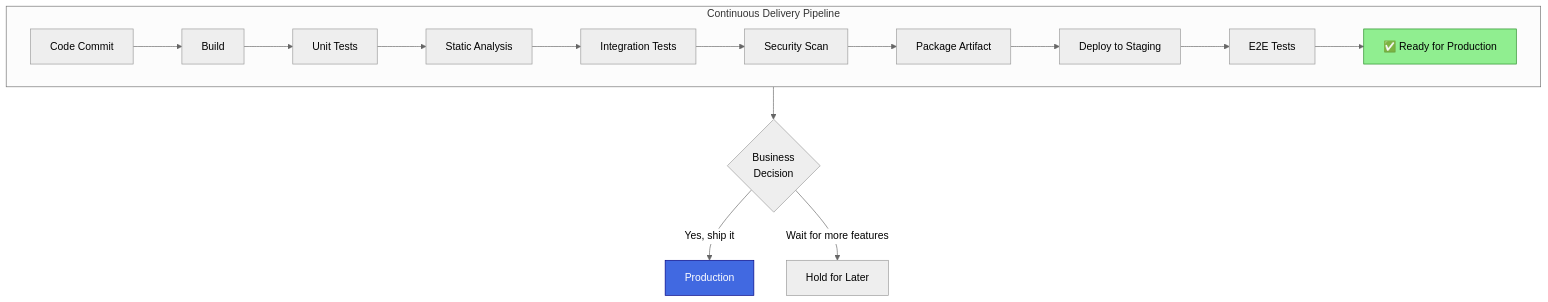
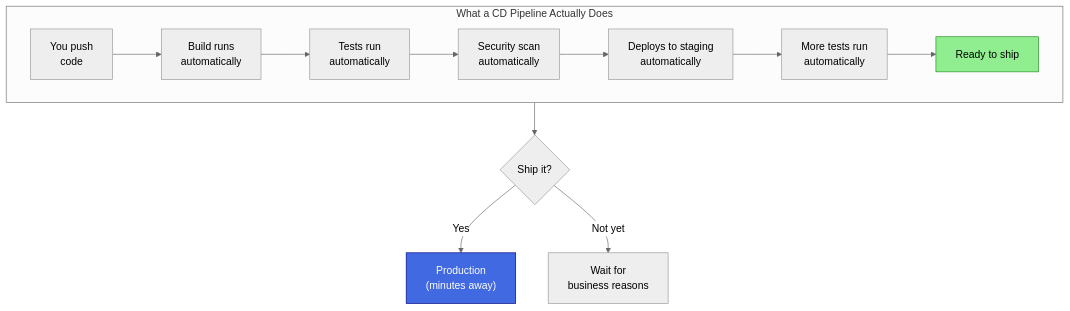
One commit to shivam-g-mishra/blog changed the second of 2 diagrams in docs/cicd/introduction.md. Above: the diagram before and after it, drawn with Mermaid. The commit also changed other lines of this file, not shown here.

````diff
--- a/docs/cicd/introduction.md
+++ b/docs/cicd/introduction.md
@@ -85,23 +82,20 @@
 ```mermaid
 %%{init: {'theme': 'neutral'}}%%
 flowchart TB
-    subgraph pipeline["Continuous Delivery Pipeline"]
+    subgraph pipeline["What a CD Pipeline Actually Does"]
         direction LR
-        C[Code Commit] --> B[Build]
-        B --> UT[Unit Tests]
-        UT --> SA[Static Analysis]
-        SA --> IT[Integration Tests]
-        IT --> SEC[Security Scan]
-        SEC --> PKG[Package Artifact]
-        PKG --> STG[Deploy to Staging]
-        STG --> E2E[E2E Tests]
-        E2E --> READY[✅ Ready for Production]
+        C["You push<br/>code"] --> B["Build runs<br/>automatically"]
+        B --> UT["Tests run<br/>automatically"]
+        UT --> SEC["Security scan<br/>automatically"]
+        SEC --> STG["Deploys to staging<br/>automatically"]
+        STG --> E2E["More tests run<br/>automatically"]
+        E2E --> READY["Ready to ship"]
     end
     
-    READY --> DECISION{Business<br/>Decision}
-    DECISION -->|"Yes, ship it"| PROD[Production]
-    DECISION -->|"Wait for more features"| HOLD[Hold for Later]
+    READY --> DECISION{"Ship it?"}
+    DECISION -->|"Yes"| PROD["Production<br/>(minutes away)"]
+    DECISION -->|"Not yet"| WAIT["Wait for<br/>business reasons"]
     
     style READY fill:#90EE90,stroke:#228B22
     style PROD fill:#4169E1,stroke:#000080,color:#fff
 ```
````
